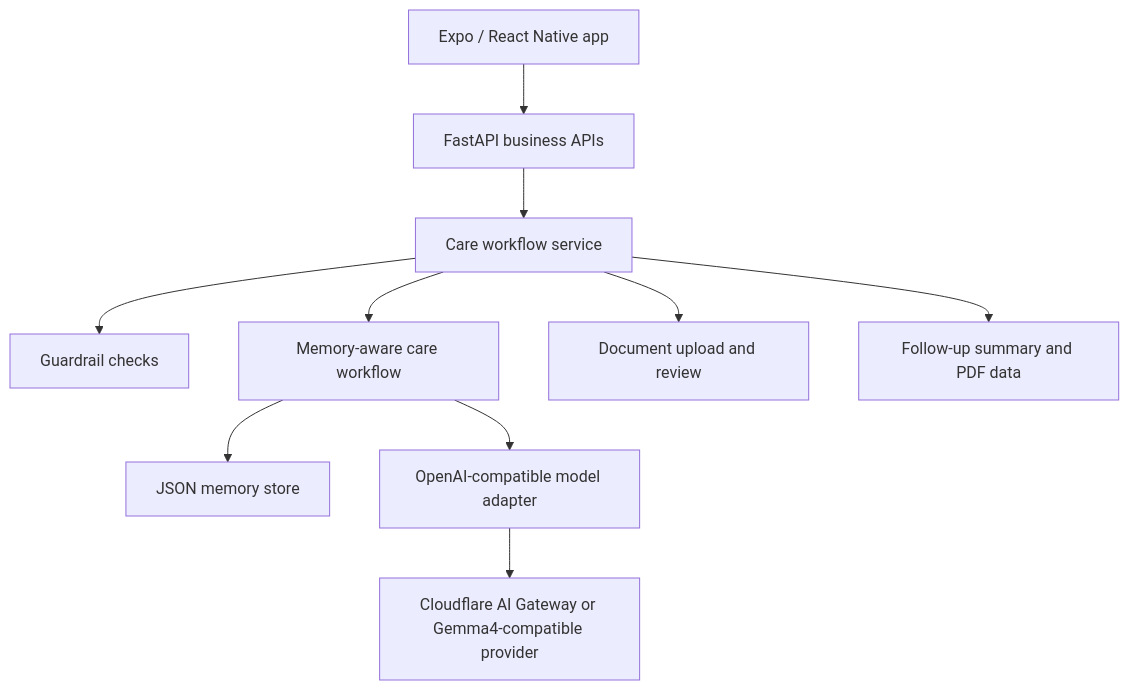
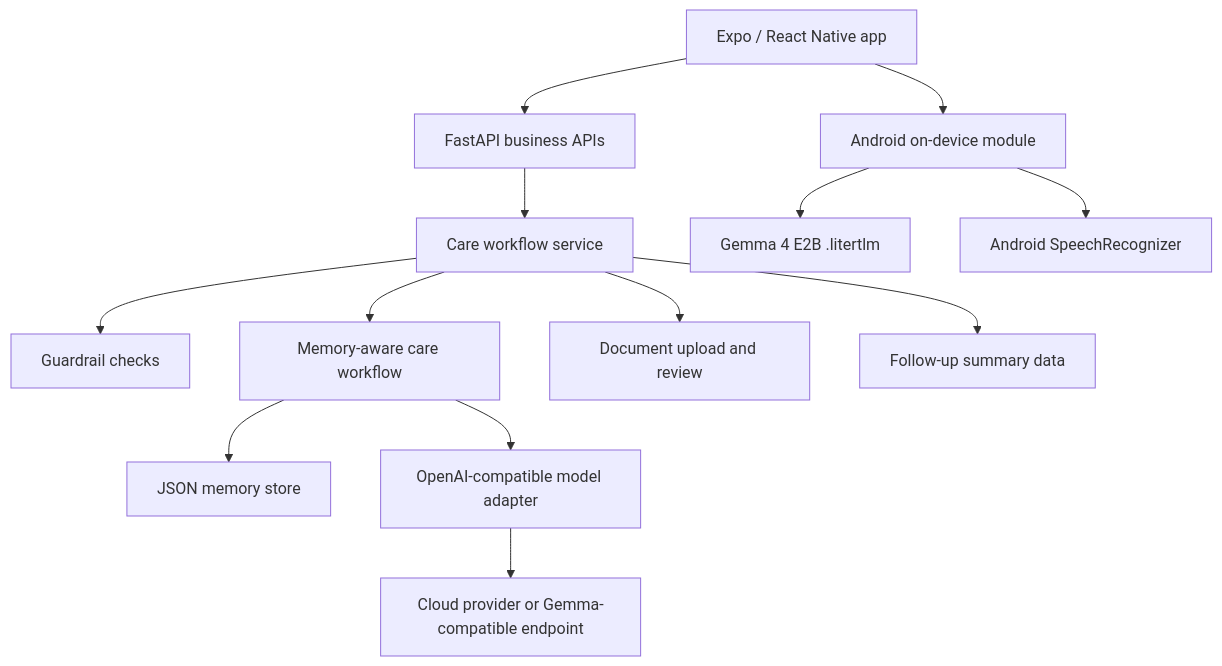
One commit to hyczy0809/CareMind changed the diagram in README.md. Above: the diagram before and after it, drawn with Mermaid. The commit also changed other lines of this file and 3 other files, not shown here.

````diff
--- a/README.md
+++ b/README.md
@@ -307,12 +313,15 @@
 ```mermaid
 flowchart TD
     A["Expo / React Native app"] --> B["FastAPI business APIs"]
     B --> C["Care workflow service"]
     C --> D["Guardrail checks"]
     C --> E["Memory-aware care workflow"]
     C --> F["Document upload and review"]
     E --> G["JSON memory store"]
     E --> H["OpenAI-compatible model adapter"]
-    H --> I["Cloudflare AI Gateway or Gemma4-compatible provider"]
-    C --> J["Follow-up summary and PDF data"]
+    H --> I["Cloud provider or Gemma-compatible endpoint"]
+    A --> J["Android on-device module"]
+    J --> K["Gemma 4 E2B .litertlm"]
+    J --> L["Android SpeechRecognizer"]
+    C --> M["Follow-up summary data"]
 ```
````
